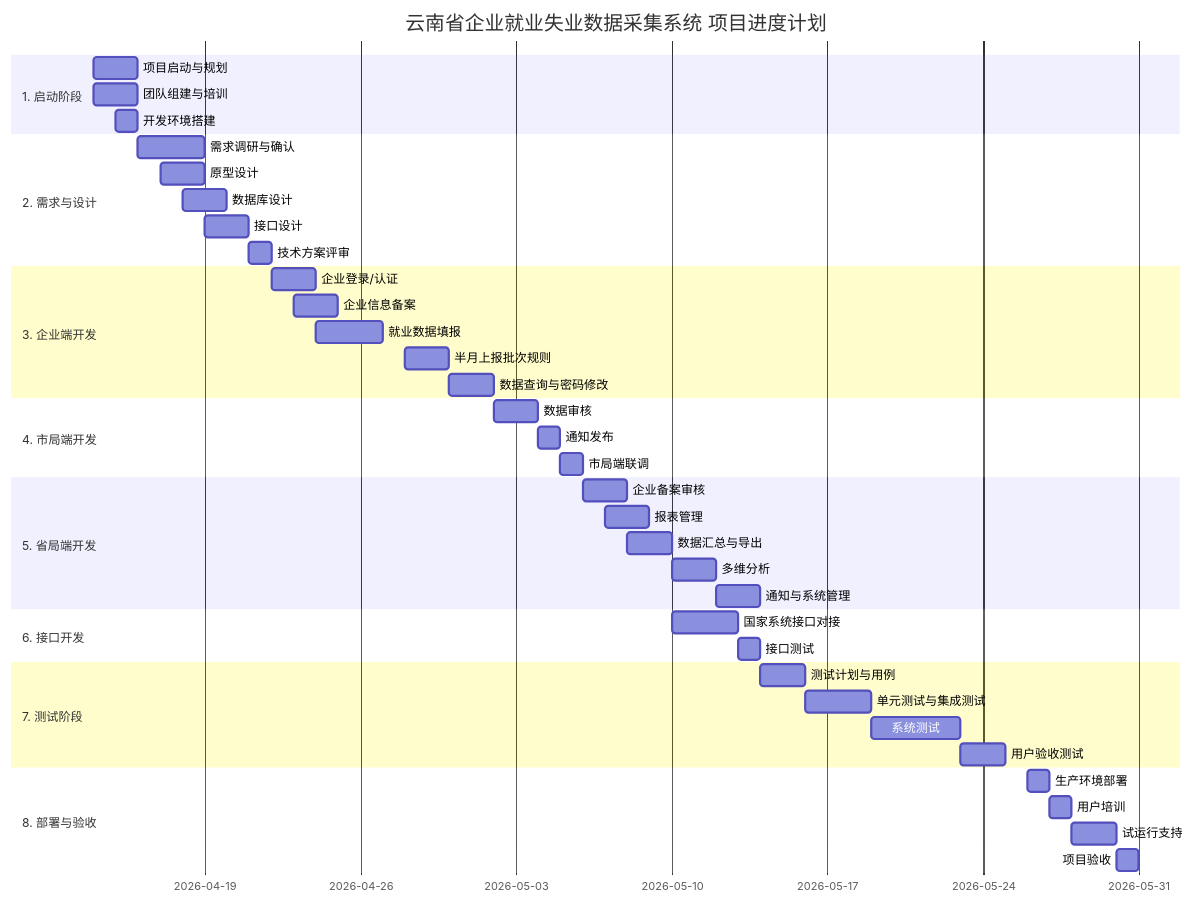
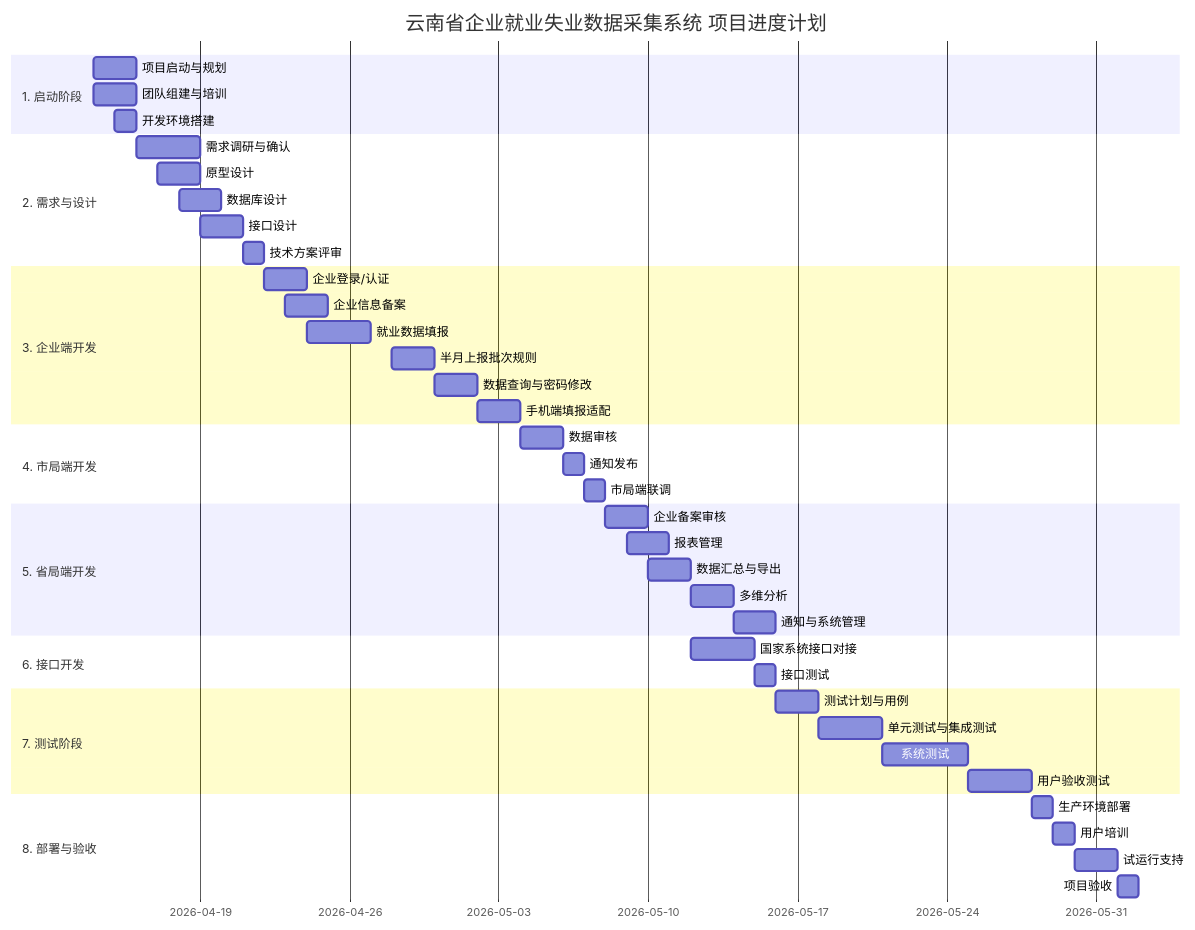
The diagram in docs/项目计划.md (chiwendaiyue-lang/yunnan-job-monitor), drawn with Mermaid before and after one commit. The commit also changed other lines of this file and 3 other files, not shown here.

Commit message:
1、添加变更单CC-002：添加手机端填报功能；2、按变更意见修改简述版需求文档和用户手册；3、按变更意见升级项目计划至V1.3，包含范围边界的调整、人天统计和甘特图等的同步调整

````diff
--- a/docs/项目计划.md
+++ b/docs/项目计划.md
@@ -221,52 +232,53 @@
 ```mermaid
 gantt
     title 云南省企业就业失业数据采集系统 项目进度计划
     dateFormat YYYY-MM-DD
     
     section 1. 启动阶段
     项目启动与规划        :a1, 2026-04-14, 2d
     团队组建与培训        :a2, 2026-04-14, 2d
     开发环境搭建          :a3, 2026-04-15, 1d
     
     section 2. 需求与设计
     需求调研与确认        :b1, 2026-04-16, 3d
     原型设计              :b2, 2026-04-17, 2d
     数据库设计            :b3, 2026-04-18, 2d
     接口设计              :b4, 2026-04-19, 2d
     技术方案评审          :b5, 2026-04-21, 1d
     
     section 3. 企业端开发
     企业登录/认证         :c1, 2026-04-22, 2d
     企业信息备案          :c2, 2026-04-23, 2d
     就业数据填报          :c3, 2026-04-24, 3d
     半月上报批次规则      :c4, 2026-04-28, 2d
     数据查询与密码修改    :c5, 2026-04-30, 2d
+    手机端填报适配        :c6, 2026-05-02, 2d
     
     section 4. 市局端开发
-    数据审核              :d1, 2026-05-02, 2d
-    通知发布              :d2, 2026-05-04, 1d
-    市局端联调            :d3, 2026-05-05, 1d
+    数据审核              :d1, 2026-05-04, 2d
+    通知发布              :d2, 2026-05-06, 1d
+    市局端联调            :d3, 2026-05-07, 1d
     
     section 5. 省局端开发
-    企业备案审核          :e1, 2026-05-06, 2d
-    报表管理              :e2, 2026-05-07, 2d
-    数据汇总与导出        :e3, 2026-05-08, 2d
-    多维分析              :e4, 2026-05-10, 2d
-    通知与系统管理        :e5, 2026-05-12, 2d
+    企业备案审核          :e1, 2026-05-08, 2d
+    报表管理              :e2, 2026-05-09, 2d
+    数据汇总与导出        :e3, 2026-05-10, 2d
+    多维分析              :e4, 2026-05-12, 2d
+    通知与系统管理        :e5, 2026-05-14, 2d
     
     section 6. 接口开发
-    国家系统接口对接      :f1, 2026-05-10, 3d
-    接口测试              :f2, 2026-05-13, 1d
+    国家系统接口对接      :f1, 2026-05-12, 3d
+    接口测试              :f2, 2026-05-15, 1d
     
     section 7. 测试阶段
-    测试计划与用例        :g1, 2026-05-14, 2d
-    单元测试与集成测试    :g2, 2026-05-16, 3d
-    系统测试              :g3, 2026-05-19, 4d
-    用户验收测试          :g4, 2026-05-23, 2d
+    测试计划与用例        :g1, 2026-05-16, 2d
+    单元测试与集成测试    :g2, 2026-05-18, 3d
+    系统测试              :g3, 2026-05-21, 4d
+    用户验收测试          :g4, 2026-05-25, 3d
     
     section 8. 部署与验收
-    生产环境部署          :h1, 2026-05-26, 1d
-    用户培训              :h2, 2026-05-27, 1d
-    试运行支持            :h3, 2026-05-28, 2d
-    项目验收              :h4, 2026-05-30, 1d
+    生产环境部署          :h1, 2026-05-28, 1d
+    用户培训              :h2, 2026-05-29, 1d
+    试运行支持            :h3, 2026-05-30, 2d
+    项目验收              :h4, 2026-06-01, 1d
 ```
````
